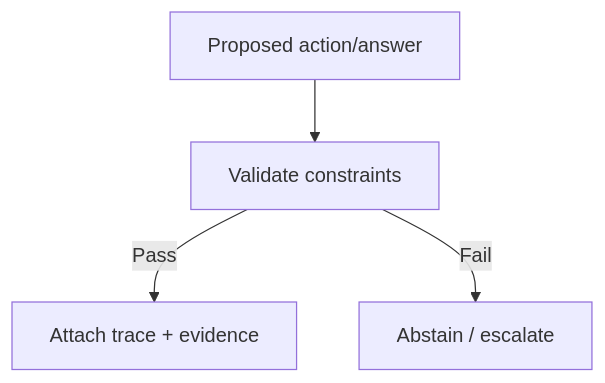
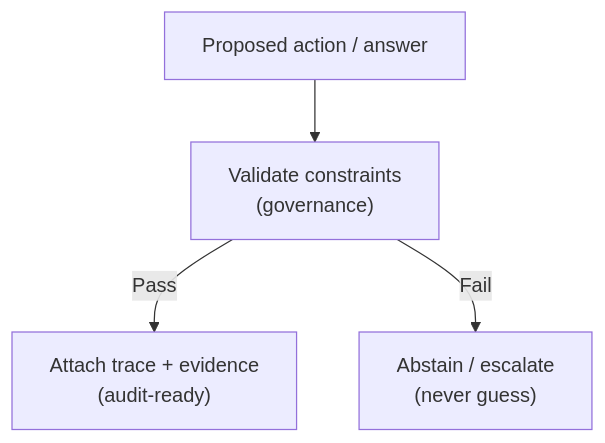
Before and after one commit to 5Reasons/5reasons.github.io: the diagram in docs/reasoners/governance.md, drawn with Mermaid. The commit also changed other lines of this file and 19 other files, not shown here.

````diff
--- a/docs/reasoners/governance.md
+++ b/docs/reasoners/governance.md
@@ -29,6 +66,6 @@
 ```mermaid
 flowchart TB
-  Q[Proposed action/answer] --> V[Validate constraints]
-  V -->|Pass| T[Attach trace + evidence]
-  V -->|Fail| A[Abstain / escalate]
+  Q["Proposed action / answer"] --> V["Validate constraints\n(governance)"];
+  V -->|"Pass"| T["Attach trace + evidence\n(audit-ready)"];
+  V -->|"Fail"| A["Abstain / escalate\n(never guess)"];
 ```
````
